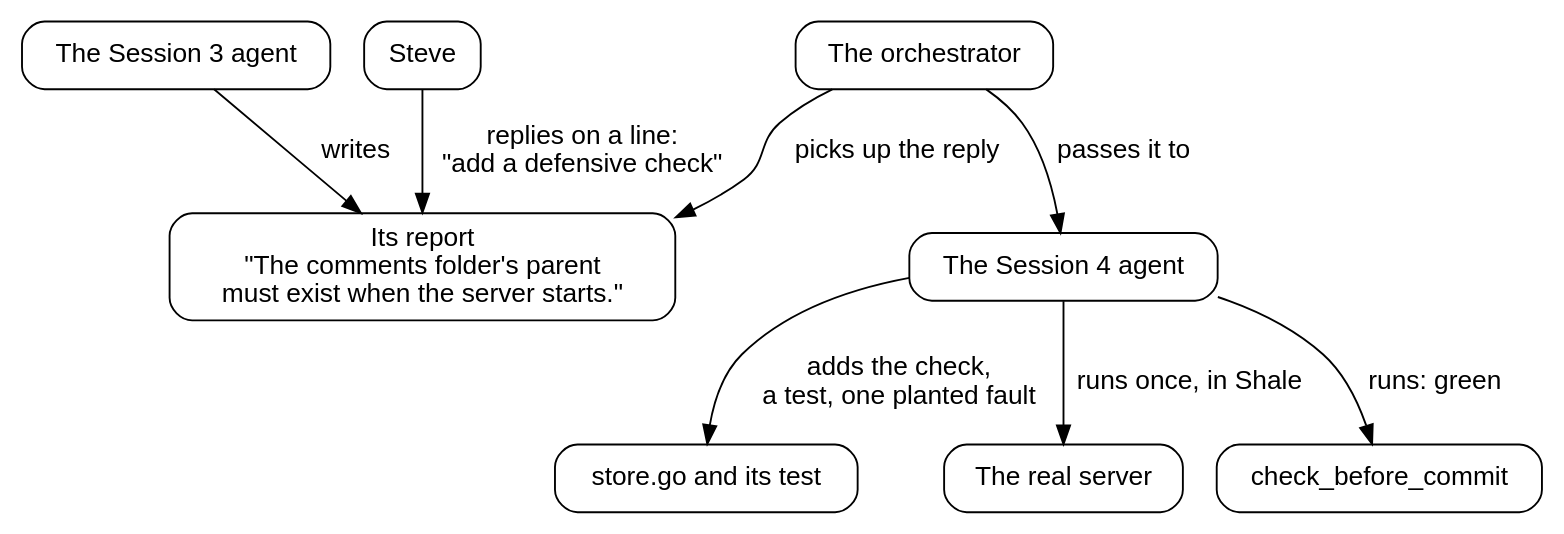
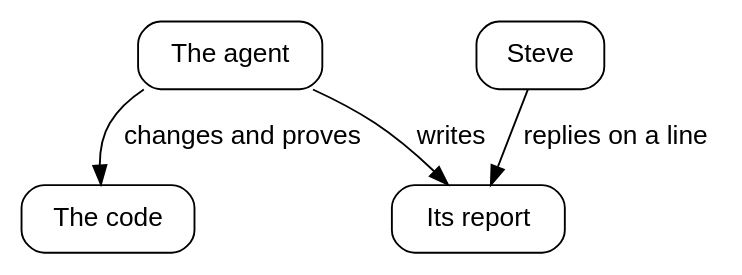
The first of 4 diagrams in book/book.md (showell/shale), drawn with Graphviz before and after one commit. The commit also changed other lines of this file and 4 other files, not shown here.

Commit message:
One loop shrinks to the reply and its proof (a four-box diagram); the three questions move to Session 1; negatives held at 108

````diff
--- a/book/book.md
+++ b/book/book.md
@@ -120,22 +120,14 @@
 ```dot
 digraph turn {
   rankdir=TB;
-  node [shape=box, style="rounded", fontname="Helvetica", margin="0.15,0.08"];
+  node [shape=box, style="rounded", fontname="Helvetica", margin="0.2,0.1"];
   edge [fontname="Helvetica"];
-  agent3 [label="The Session 3 agent"];
-  report [label="Its report\n\"The comments folder's parent\nmust exist when the server starts.\""];
+  agent [label="The agent"];
+  report [label="Its report"];
   steve [label="Steve"];
-  orchestrator [label="The orchestrator"];
-  agent4 [label="The Session 4 agent"];
-  code [label="store.go and its test"];
-  server [label="The real server"];
-  gate [label="check_before_commit"];
-  agent3 -> report [label="writes"];
-  steve -> report [label="replies on a line:\n\"add a defensive check\""];
-  orchestrator -> report [label="picks up the reply"];
-  orchestrator -> agent4 [label="passes it to"];
-  agent4 -> code [label="adds the check,\na test, one planted fault"];
-  agent4 -> server [label="runs once, in Shale"];
-  agent4 -> gate [label="runs: green"];
+  code [label="The code"];
+  agent -> report [label="writes"];
+  steve -> report [label="replies on a line"];
+  agent -> code [label="changes and proves"];
 }
 ```
````
